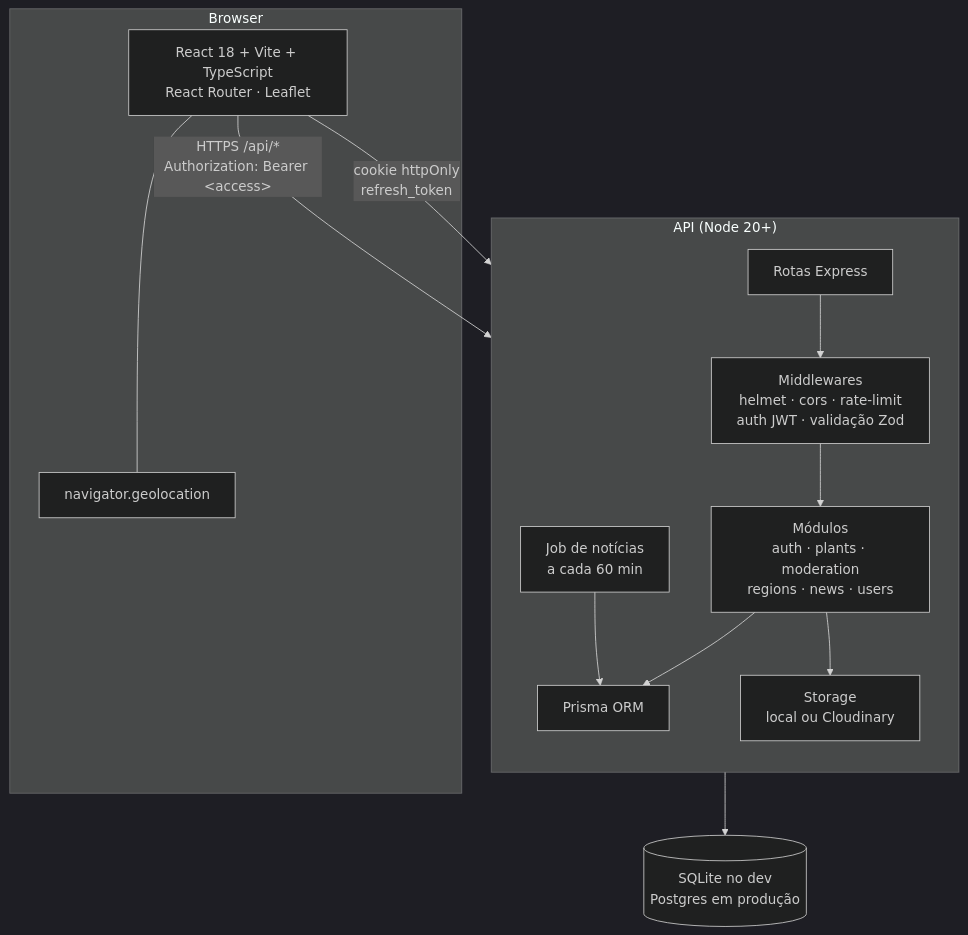
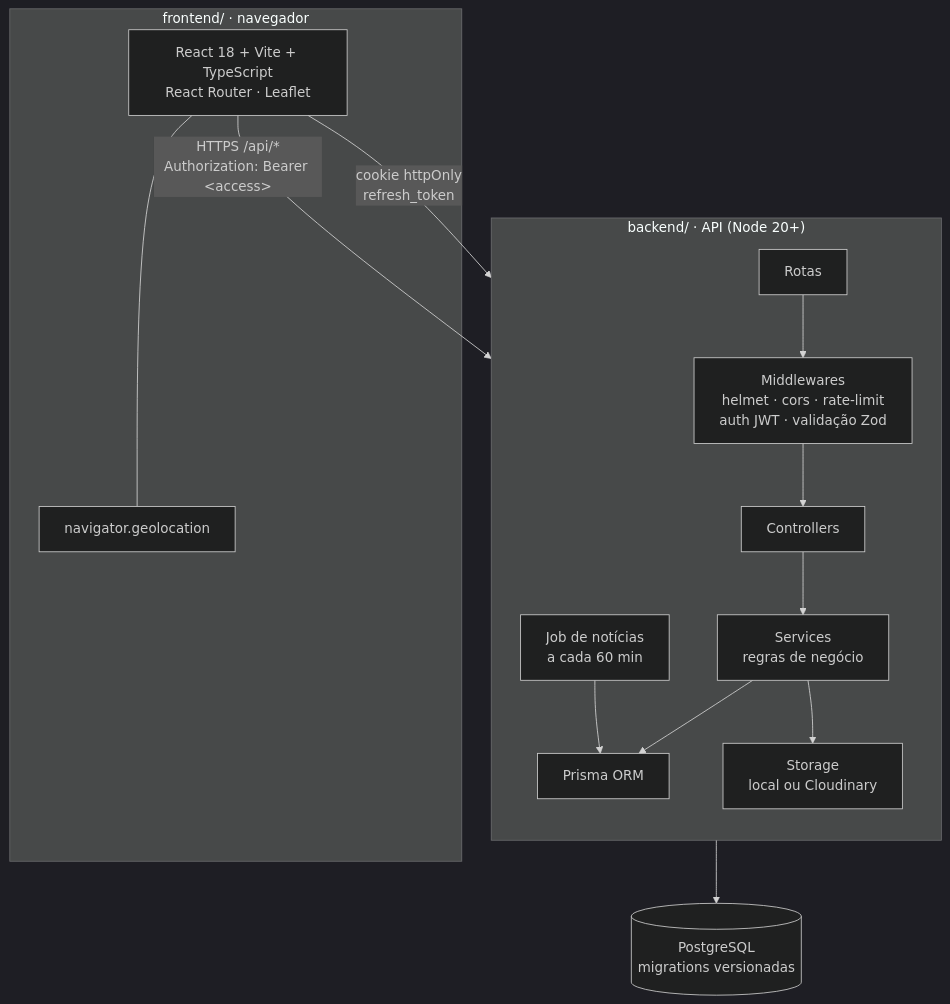
The second of 2 diagrams in docs/02-arquitetura.md (madeiragab/verdejar), drawn with Mermaid (dark theme) before and after one commit. The commit also changed other lines of this file and 5 other files, not shown here.

````diff
--- a/docs/02-arquitetura.md
+++ b/docs/02-arquitetura.md
@@ -32,21 +32,22 @@
 ```mermaid
 flowchart TB
-    subgraph Browser
+    subgraph Browser["frontend/ · navegador"]
       SPA[React 18 + Vite + TypeScript<br/>React Router · Leaflet]
       GEO[navigator.geolocation]
       SPA --- GEO
     end
 
-    subgraph Servidor["API (Node 20+)"]
+    subgraph Servidor["backend/ · API (Node 20+)"]
       direction TB
-      R[Rotas Express] --> MW[Middlewares<br/>helmet · cors · rate-limit<br/>auth JWT · validação Zod]
-      MW --> CTRL[Módulos<br/>auth · plants · moderation<br/>regions · news · users]
-      CTRL --> PRISMA[Prisma ORM]
-      CTRL --> STORE[Storage<br/>local ou Cloudinary]
+      R[Rotas] --> MW[Middlewares<br/>helmet · cors · rate-limit<br/>auth JWT · validação Zod]
+      MW --> CTRL[Controllers]
+      CTRL --> SVC[Services<br/>regras de negócio]
+      SVC --> PRISMA[Prisma ORM]
+      SVC --> STORE[Storage<br/>local ou Cloudinary]
       JOB[Job de notícias<br/>a cada 60 min] --> PRISMA
     end
 
     SPA -- "HTTPS /api/*<br/>Authorization: Bearer &lt;access&gt;" --> R
     SPA -- "cookie httpOnly<br/>refresh_token" --> R
-    PRISMA --> DB[(SQLite no dev<br/>Postgres em produção)]
+    PRISMA --> DB[(PostgreSQL<br/>migrations versionadas)]
 ```
````
